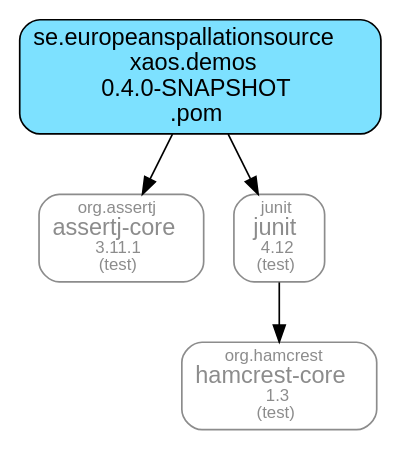
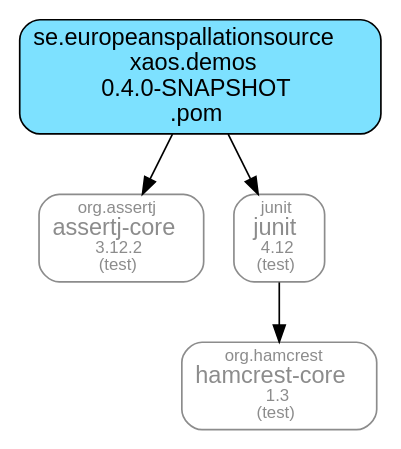
Before and after one commit to ESSICS/XAOS: the diagram in xaos.demos.module/doc/maven-dependencies.dot, drawn with Graphviz. The commit also changed 9 other files, not shown here.

```diff
--- a/xaos.demos.module/doc/maven-dependencies.dot
+++ b/xaos.demos.module/doc/maven-dependencies.dot
@@ -1,15 +1,15 @@
 digraph "xaos.demos" {
   node [shape="box",style="rounded",fontname="Helvetica",fontsize="14"]
   edge [fontsize="10",fontname="Helvetica"]
 
   // Node Definitions:
   "se.europeanspallationsource:xaos.demos:pom"[shape="box",style="rounded, filled",fillcolor="#7DE1FF",label=<se.europeanspallationsource<br/>xaos.demos<br/>0.4.0-SNAPSHOT<br/>.pom>]
-  "org.assertj:assertj-core:jar"[shape="box",style="rounded",color="grey55",fontname="Helvetica",fontsize="14",fontcolor="grey55",label=<<font color="grey55" point-size="10">org.assertj</font><br/>assertj-core<font color="grey55" point-size="10"><br/>3.11.1</font><font color="grey55" point-size="10"><br/>(test)</font>>]
+  "org.assertj:assertj-core:jar"[shape="box",style="rounded",color="grey55",fontname="Helvetica",fontsize="14",fontcolor="grey55",label=<<font color="grey55" point-size="10">org.assertj</font><br/>assertj-core<font color="grey55" point-size="10"><br/>3.12.2</font><font color="grey55" point-size="10"><br/>(test)</font>>]
   "junit:junit:jar"[shape="box",style="rounded",color="grey55",fontname="Helvetica",fontsize="14",fontcolor="grey55",label=<<font color="grey55" point-size="10">junit</font><br/>junit<font color="grey55" point-size="10"><br/>4.12</font><font color="grey55" point-size="10"><br/>(test)</font>>]
   "org.hamcrest:hamcrest-core:jar"[shape="box",style="rounded",color="grey55",fontname="Helvetica",fontsize="14",fontcolor="grey55",label=<<font color="grey55" point-size="10">org.hamcrest</font><br/>hamcrest-core<font color="grey55" point-size="10"><br/>1.3</font><font color="grey55" point-size="10"><br/>(test)</font>>]
 
   // Edge Definitions:
   "se.europeanspallationsource:xaos.demos:pom" -> "org.assertj:assertj-core:jar"
   "junit:junit:jar" -> "org.hamcrest:hamcrest-core:jar"
   "se.europeanspallationsource:xaos.demos:pom" -> "junit:junit:jar"
 }
```
